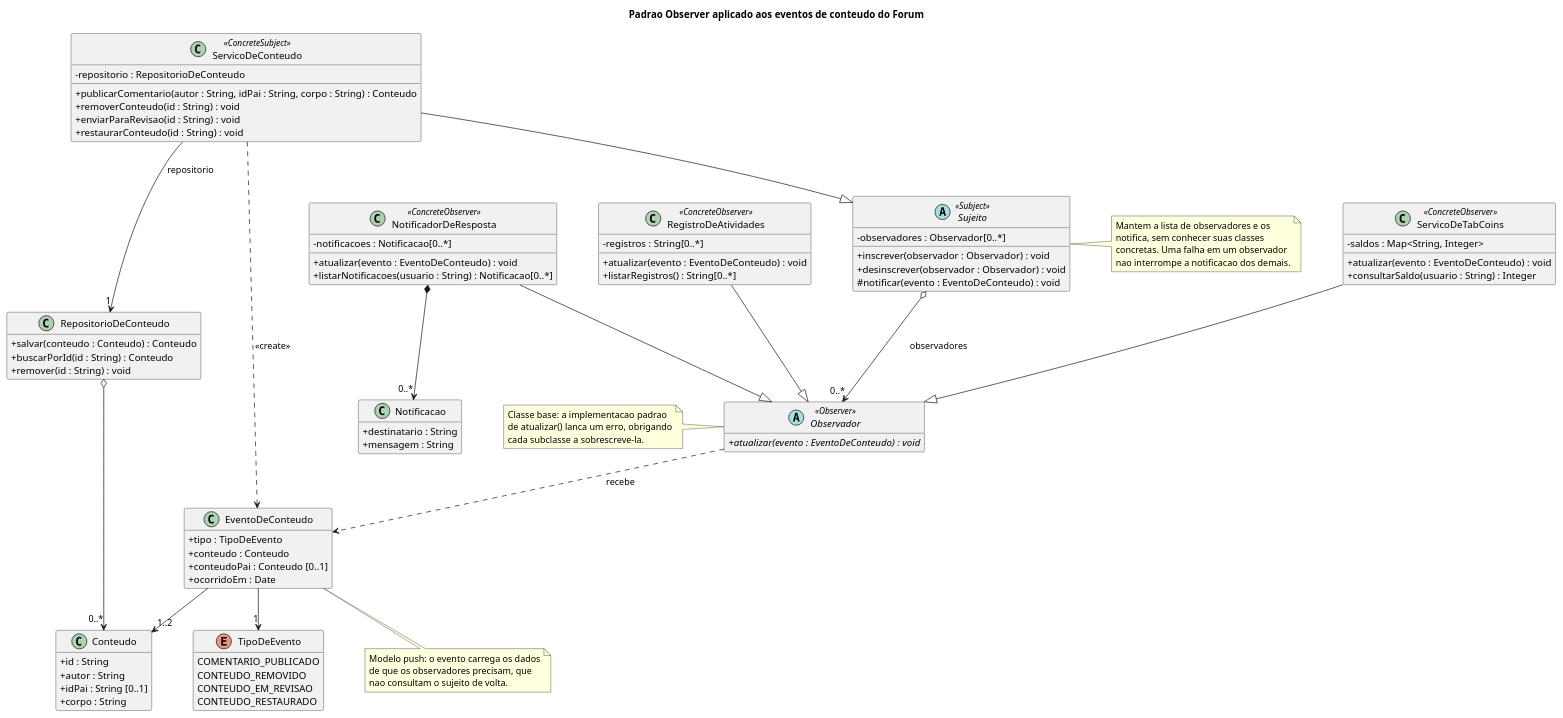
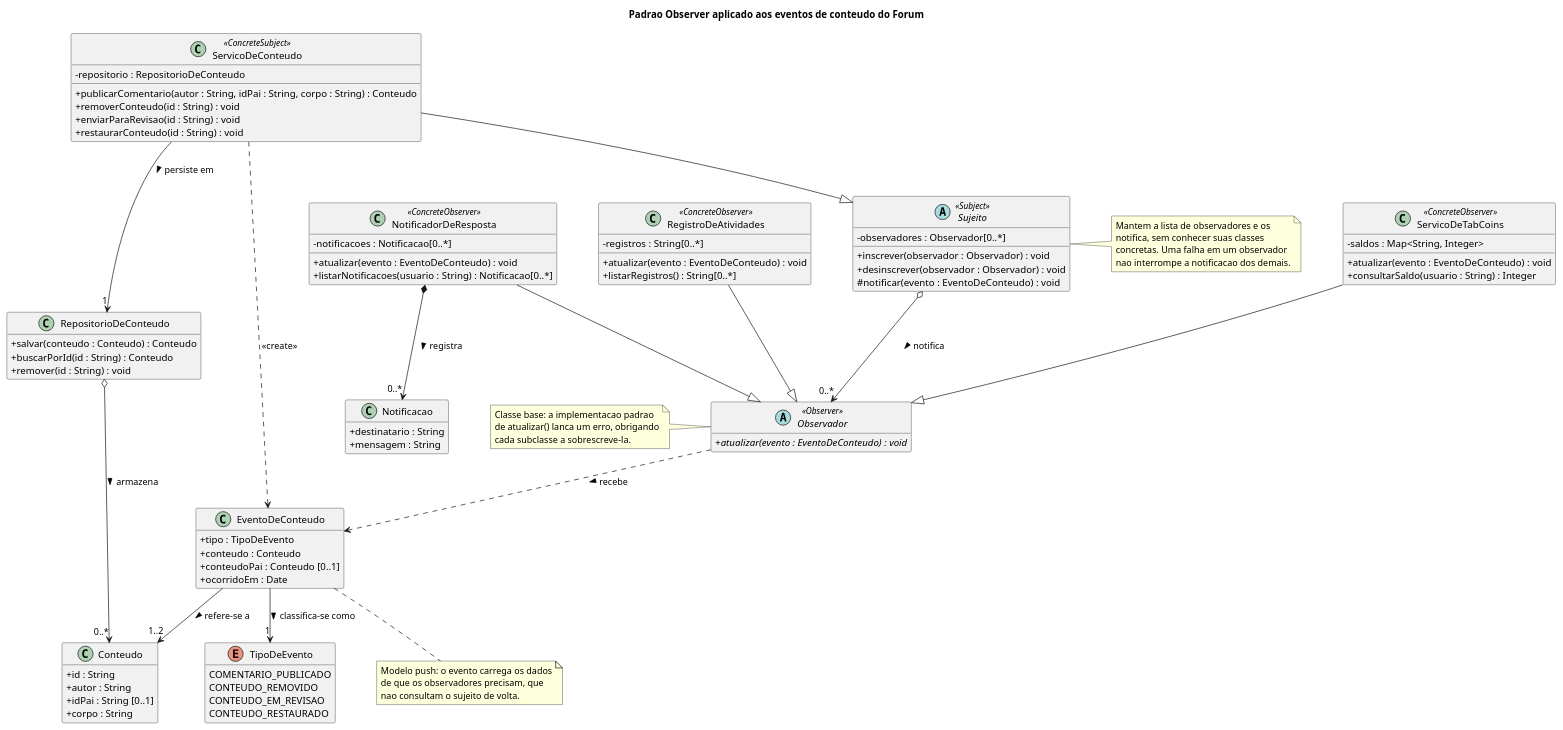
The first of 2 diagrams in docs/Base/Relatórios/SubEquipe03/modelagem.md (UnBArqDsw2026-2-Turma01/RepositorioTemplateEntrega3-TabNews-Forum), drawn with PlantUML before and after one commit. The commit also changed other lines of this file, not shown here.

Commit message:
docs: rotula associações do diagrama de classes com verbos - Leonardo Bonetti

```diff
--- a/docs/Base/Relatórios/SubEquipe03/modelagem.md
+++ b/docs/Base/Relatórios/SubEquipe03/modelagem.md
@@ -114,19 +114,19 @@
   + mensagem : String
 }
 
-Sujeito o--> "0..*" Observador : observadores
+Sujeito o--> "0..*" Observador : notifica >
 ServicoDeConteudo --|> Sujeito
 ServicoDeTabCoins --|> Observador
 NotificadorDeResposta --|> Observador
 RegistroDeAtividades --|> Observador
 
-ServicoDeConteudo --> "1" RepositorioDeConteudo : repositorio
-RepositorioDeConteudo o--> "0..*" Conteudo
+ServicoDeConteudo --> "1" RepositorioDeConteudo : persiste em >
+RepositorioDeConteudo o--> "0..*" Conteudo : armazena >
 ServicoDeConteudo ..> EventoDeConteudo : <<create>>
-Observador ..> EventoDeConteudo : recebe
-EventoDeConteudo --> "1" TipoDeEvento
-EventoDeConteudo --> "1..2" Conteudo
-NotificadorDeResposta *--> "0..*" Notificacao
+Observador ..> EventoDeConteudo : recebe >
+EventoDeConteudo --> "1" TipoDeEvento : classifica-se como >
+EventoDeConteudo --> "1..2" Conteudo : refere-se a >
+NotificadorDeResposta *--> "0..*" Notificacao : registra >
 
 note right of Sujeito
   Mantem a lista de observadores e os
```
